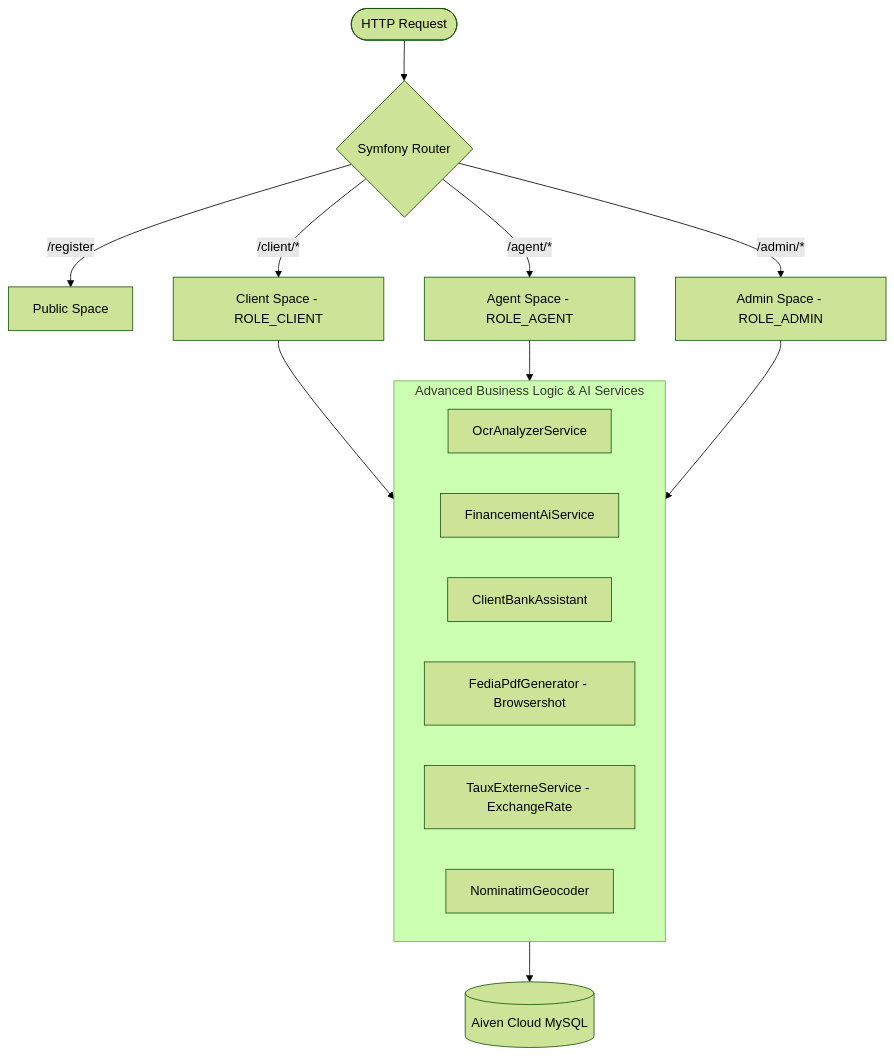
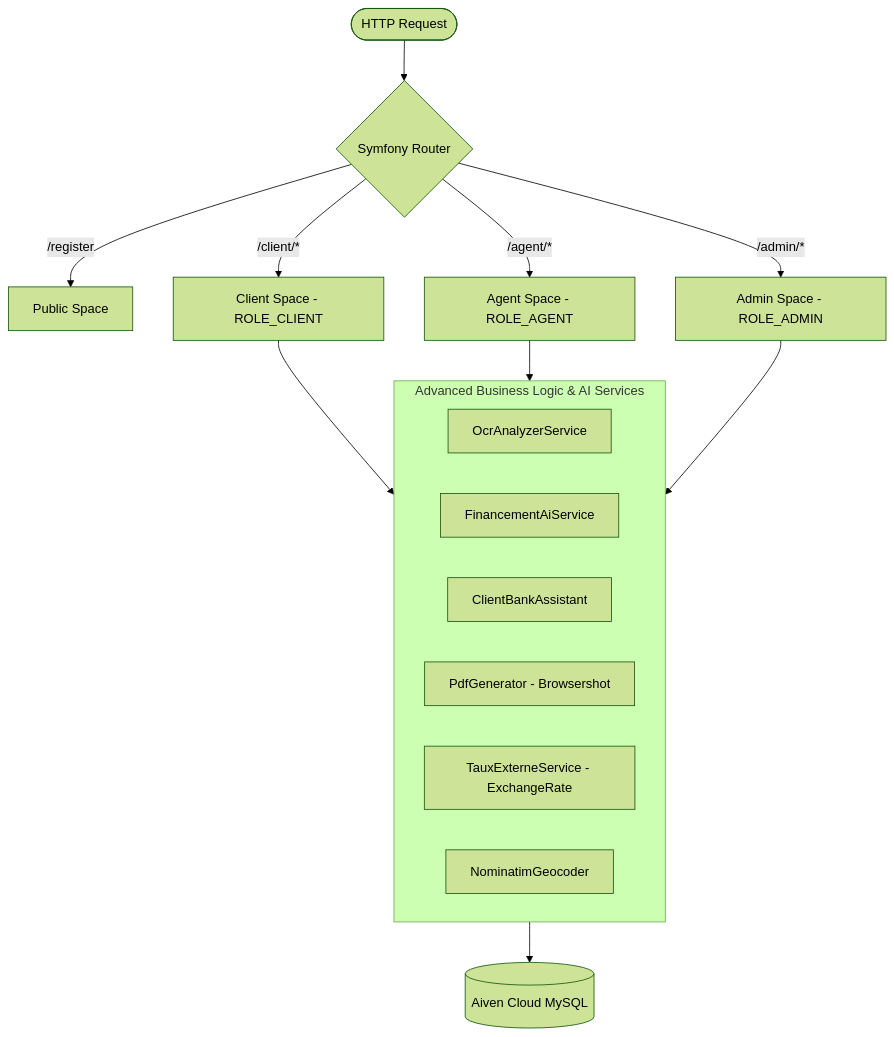
Before and after one commit to Mejri-Mehdi/Beeline-AI-Banking-Platform: the diagram in README.md, drawn with Mermaid (forest theme).

````diff
--- a/README.md
+++ b/README.md
@@ -35,23 +35,23 @@
 ```mermaid
 graph TD
     User([HTTP Request]) --> Router{Symfony Router}
     Router -->|/register | Public[Public Space]
     Router -->|/client/*| ClientSpace[Client Space - ROLE_CLIENT]
     Router -->|/agent/*| AgentSpace[Agent Space - ROLE_AGENT]
     Router -->|/admin/*| AdminSpace[Admin Space - ROLE_ADMIN]
     
     subgraph Services [Advanced Business Logic & AI Services]
         OCR[OcrAnalyzerService]
         AI[FinancementAiService]
         Assistant[ClientBankAssistant]
-        PDF[FediaPdfGenerator - Browsershot]
+        PDF[PdfGenerator - Browsershot]
         Rate[TauxExterneService - ExchangeRate]
         Geo[NominatimGeocoder]
     end
     
     ClientSpace --> Services
     AgentSpace --> Services
     AdminSpace --> Services
     
     Services --> DB[(Aiven Cloud MySQL)]
 ```
````
